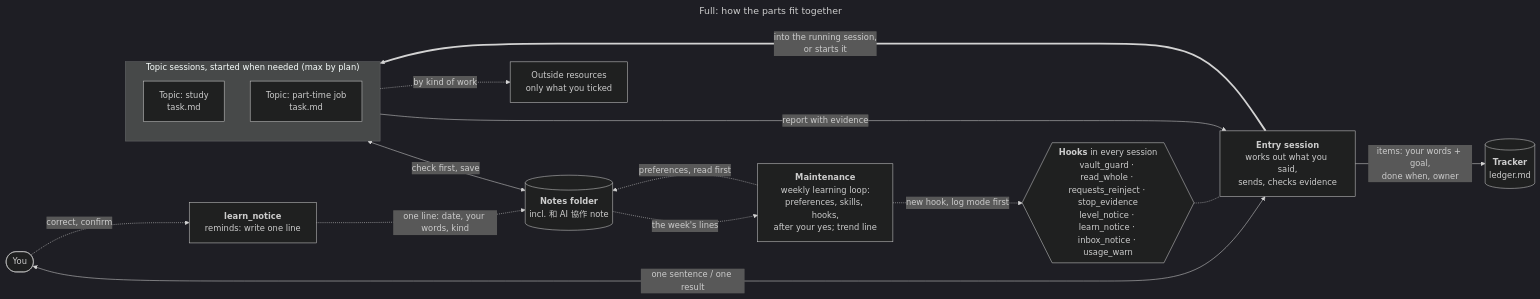
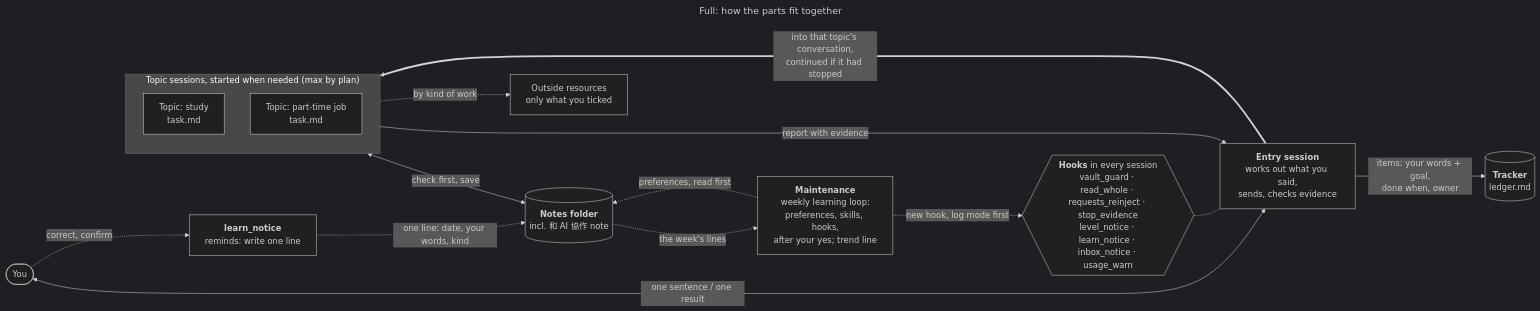
One commit to 0Smallcat0/second-brain-kit changed the first of 6 diagrams in docs/ADVANCED.md. Above: the diagram before and after it, drawn with Mermaid (dark theme). The commit also changed other lines of this file and 47 other files, not shown here.

````diff
--- a/docs/ADVANCED.md
+++ b/docs/ADVANCED.md
@@ -82,23 +82,23 @@
 ```mermaid
 ---
 title: "Full: how the parts fit together"
 ---
 flowchart LR
   You(["You"]) <-->|"one sentence / one result"| Entry["<b>Entry session</b><br/>works out what you said,<br/>sends, checks evidence"]
   Entry -->|"items: your words + goal,<br/>done when, owner"| Tracker[("<b>Tracker</b><br/>ledger.md")]
   subgraph Topics["Topic sessions, started when needed (max by plan)"]
     TA["Topic: study<br/>task.md"]
     TB["Topic: part-time job<br/>task.md"]
   end
-  Entry ==>|"into the running session,<br/>or starts it"| Topics
+  Entry ==>|"into that topic's conversation,<br/>continued if it had stopped"| Topics
   Topics -->|"report with evidence"| Entry
   Topics <-->|"check first, save"| Vault[("<b>Notes folder</b><br/>incl. 和 AI 協作 note")]
   You -.->|"correct, confirm"| LN["<b>learn_notice</b><br/>reminds: write one line"]
   LN -.->|"one line: date, your words, kind"| Vault
   Mnt["<b>Maintenance</b><br/>weekly learning loop:<br/>preferences, skills, hooks,<br/>after your yes; trend line"]
   Vault -.->|"the week's lines"| Mnt
   Mnt -.->|"preferences, read first"| Vault
   Mnt -.->|"new hook, log mode first"| Hooks
   Topics -.->|by kind of work| Res["Outside resources<br/>only what you ticked"]
   Hooks{{"<b>Hooks</b> in every session<br/>vault_guard · read_whole · requests_reinject · stop_evidence<br/>level_notice · learn_notice · inbox_notice · usage_warn"}} -.- Entry
 ```
````
